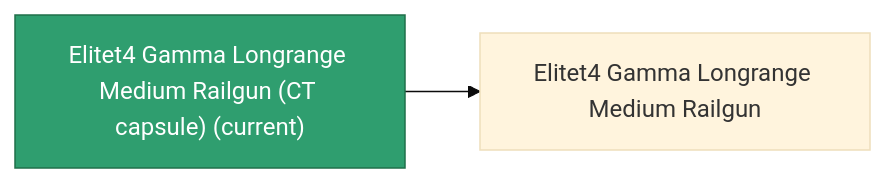
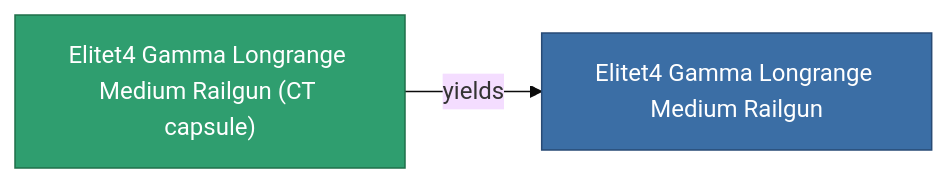
One commit to OpenPerpetuum/Wiki changed the diagram in content/content/items/elitet4_gamma_longrange_medium_railgun_CT_capsule.md. Above: the diagram before and after it, drawn with Mermaid (base theme). The commit also changed other lines of this file and 2015 other files, not shown here.

````diff
--- a/content/content/items/elitet4_gamma_longrange_medium_railgun_CT_capsule.md
+++ b/content/content/items/elitet4_gamma_longrange_medium_railgun_CT_capsule.md
@@ -33,8 +33,9 @@
 ```mermaid
 graph LR
-    a["Elitet4 Gamma Longrange Medium Railgun (CT capsule) (current)"]:::current
-    b["Elitet4 Gamma Longrange Medium Railgun"]
-    a --> b
-    click b "/content/items/elitet4-gamma-longrange-medium-railgun/" "Elitet4 Gamma Longrange Medium Railgun"
+    a["Elitet4 Gamma Longrange Medium Railgun (CT capsule)"]:::current
+    b["Elitet4 Gamma Longrange Medium Railgun"]:::finished
+    a -->|yields| b
+                click b "/content/items/elitet4-gamma-longrange-medium-railgun/" "Elitet4 Gamma Longrange Medium Railgun"
     classDef current fill:#2f9e6f,stroke:#1f6f4a,color:#ffffff
+    classDef finished fill:#3b6ea5,stroke:#274a75,color:#ffffff
 ```
````
